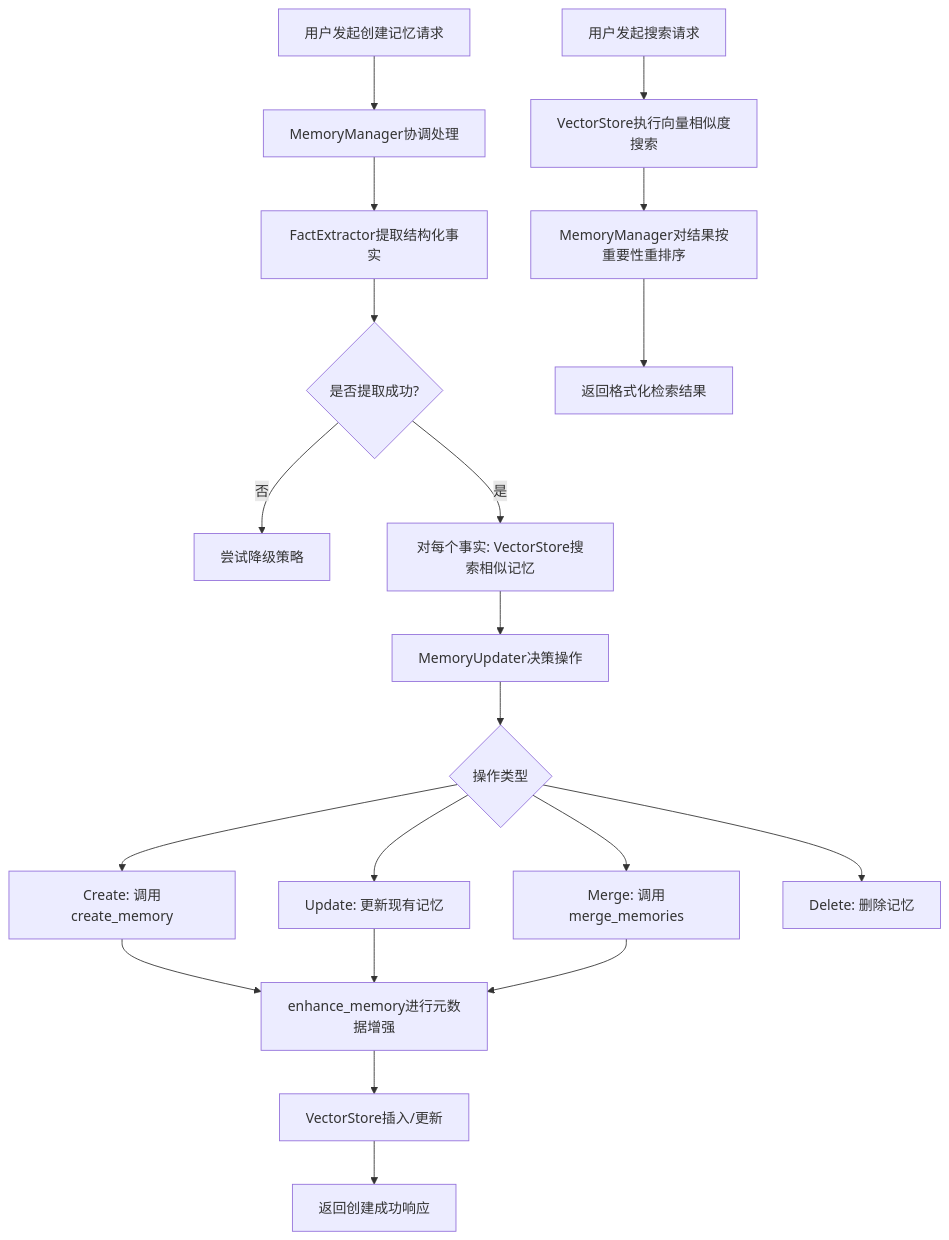
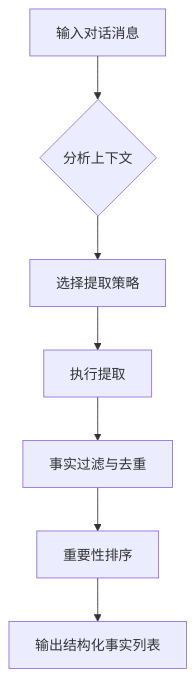
The second of 4 diagrams in litho.docs/4、深入探索/记忆管理域.md (sopaco/cortex-mem), drawn with Mermaid before and after one commit. The commit also changed other lines of this file and 16 other files, not shown here.

````diff
--- a/litho.docs/4、深入探索/记忆管理域.md
+++ b/litho.docs/4、深入探索/记忆管理域.md
@@ -205,23 +166,9 @@
 ```mermaid
 graph TD
-    A[用户发起创建记忆请求] --> B[MemoryManager协调处理]
-    B --> C[FactExtractor提取结构化事实]
-    C --> D{是否提取成功?}
-    D -- 否 --> E[尝试降级策略]
-    D -- 是 --> F[对每个事实: VectorStore搜索相似记忆]
-    F --> G[MemoryUpdater决策操作]
-    G --> H{操作类型}
-    H --> I[Create: 调用create_memory]
-    H --> J[Update: 更新现有记忆]
-    H --> K[Merge: 调用merge_memories]
-    H --> L[Delete: 删除记忆]
-    I --> M[enhance_memory进行元数据增强]
-    J --> M
-    K --> M
-    M --> N[VectorStore插入/更新]
-    N --> O[返回创建成功响应]
-
-    P[用户发起搜索请求] --> Q[VectorStore执行向量相似度搜索]
-    Q --> R[MemoryManager对结果按重要性重排序]
-    R --> S[返回格式化检索结果]
+    A[输入对话消息] --> B{分析上下文}
+    B --> C[选择提取策略]
+    C --> D[执行提取]
+    D --> E[事实过滤与去重]
+    E --> F[重要性排序]
+    F --> G[输出结构化事实列表]
 ```
````
